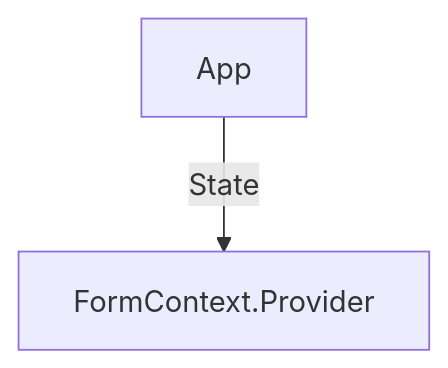
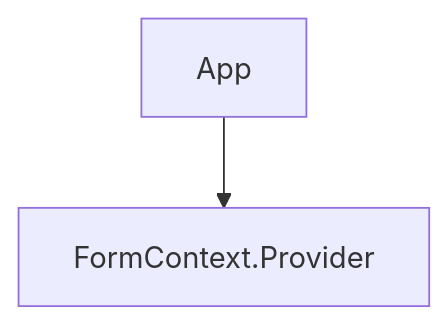
The second of 8 diagrams in slides.md (talmosko/slides-ReactNext2024), drawn with Mermaid before and after one commit. The commit also changed other lines of this file, not shown here.

````diff
--- a/slides.md
+++ b/slides.md
@@ -411,5 +404,5 @@
 ```mermaid {theme: 'dark', scale: 1.2}
 graph
-App --> |State|P[FormContext.Provider]
+App --> P[FormContext.Provider]
 
 ```
````
